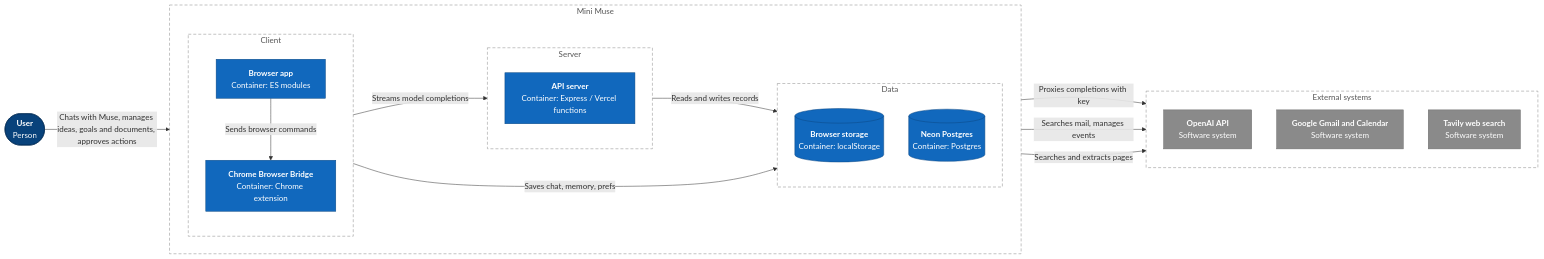
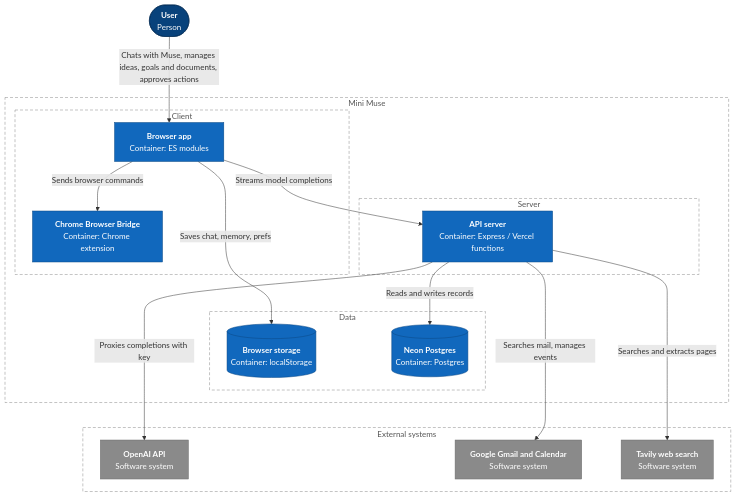
The diagram in docs/architecture/c4-containers.md (lngsa1234/mini-muse-mvp), drawn with Mermaid before and after one commit.

Commit message:
docs: Containers (AgentForge)

````diff
--- a/docs/architecture/c4-containers.md
+++ b/docs/architecture/c4-containers.md
@@ -15,45 +15,41 @@
 ```mermaid
-flowchart LR
+flowchart TB
   p_user(["<b>User</b><br/>Person"])
   subgraph system["Mini Muse"]
-    direction LR
     subgraph client["Client"]
-      direction TB
       browser_app["<b>Browser app</b><br/>Container: ES modules"]
       chrome_extension["<b>Chrome Browser Bridge</b><br/>Container: Chrome extension"]
     end
     subgraph server["Server"]
-      direction TB
       api_server["<b>API server</b><br/>Container: Express / Vercel functions"]
     end
     subgraph data["Data"]
-      direction TB
       local_storage[("<b>Browser storage</b><br/>Container: localStorage")]
       neon_postgres[("<b>Neon Postgres</b><br/>Container: Postgres")]
     end
   end
   subgraph external["External systems"]
-    direction TB
     openai["<b>OpenAI API</b><br/>Software system"]
     google_apis["<b>Google Gmail and Calendar</b><br/>Software system"]
     tavily["<b>Tavily web search</b><br/>Software system"]
   end
   p_user -->|"Chats with Muse, manages ideas, goals and documents, approves actions"| browser_app
   browser_app -->|"Streams model completions"| api_server
   api_server -->|"Proxies completions with key"| openai
   api_server -->|"Reads and writes records"| neon_postgres
   browser_app -->|"Saves chat, memory, prefs"| local_storage
   api_server -->|"Searches mail, manages events"| google_apis
   api_server -->|"Searches and extracts pages"| tavily
   browser_app -->|"Sends browser commands"| chrome_extension
+  local_storage ~~~ google_apis
   classDef person fill:#08427b,stroke:#052e56,color:#ffffff
   classDef container fill:#1168bd,stroke:#0b4884,color:#ffffff
   classDef component fill:#85bbf0,stroke:#5d82a8,color:#0b2545
   classDef agent fill:#c2185b,stroke:#880e4f,color:#ffffff
   classDef external fill:#8a8a8a,stroke:#6b6b6b,color:#ffffff
   classDef boundary fill:none,stroke:#888888,stroke-dasharray:6 4,color:#555555
   class p_user person
   class browser_app,chrome_extension,api_server,local_storage,neon_postgres container
   class openai,google_apis,tavily external
   class system,client,server,data,external boundary
 ```
````
